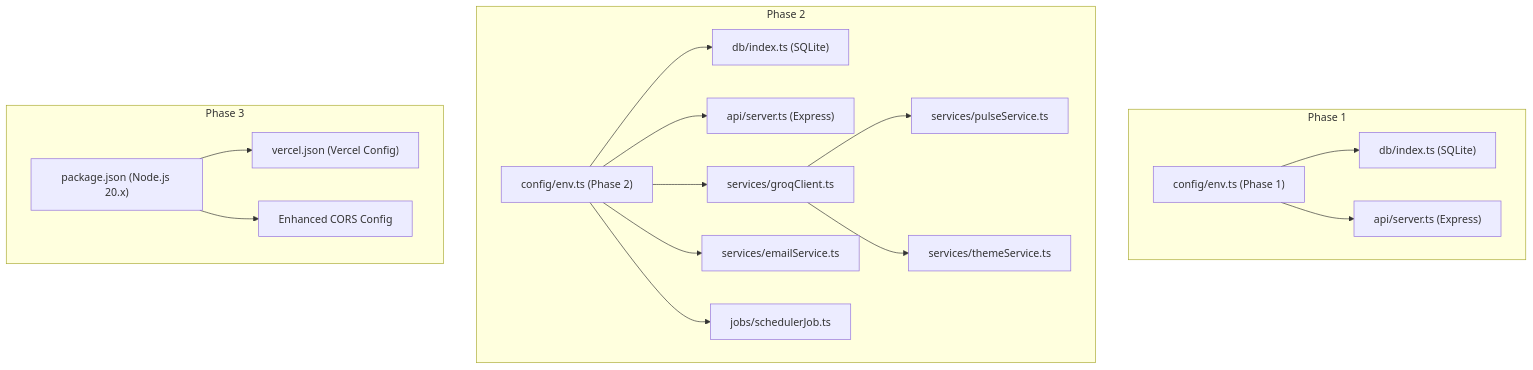
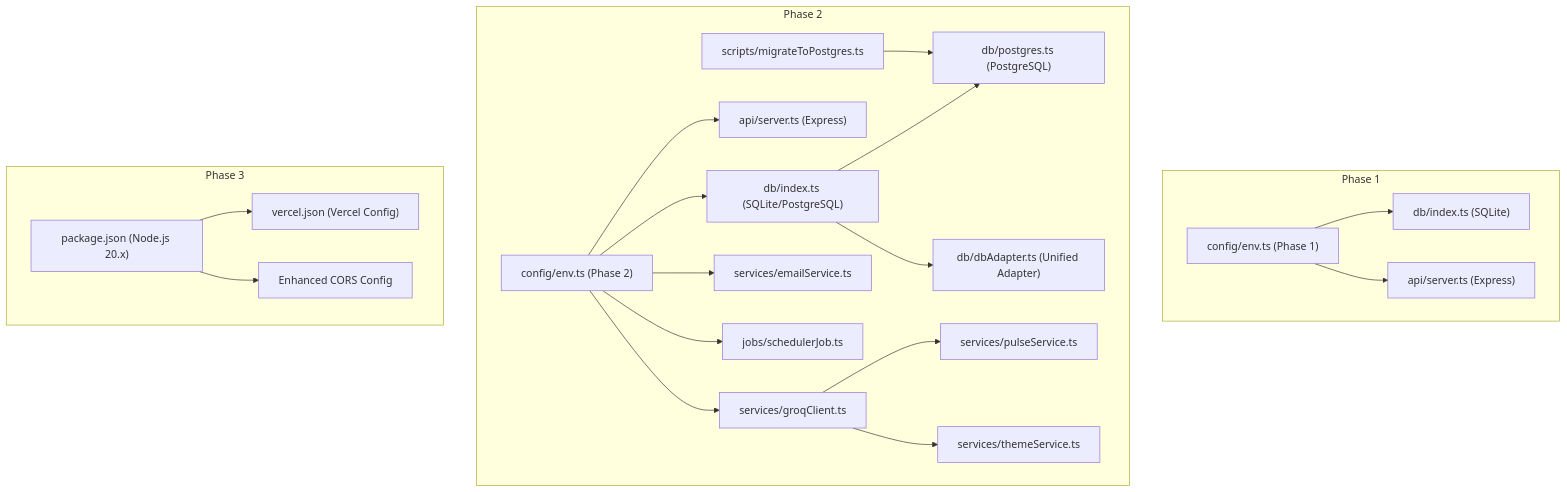
One commit to aravinthraj-ramalingam/Groww-App-Review-Insights-Analyzer- changed the first of 4 diagrams in .qoder/repowiki/en/content/Configuration Management.md. Above: the diagram before and after it, drawn with Mermaid. The commit also changed other lines of this file and 10 other files, not shown here.

````diff
--- a/.qoder/repowiki/en/content/Configuration Management.md
+++ b/.qoder/repowiki/en/content/Configuration Management.md
@@ -48,34 +54,40 @@
 ```mermaid
 graph TB
 subgraph "Phase 1"
 P1_ENV["config/env.ts (Phase 1)"]
 P1_DB["db/index.ts (SQLite)"]
 P1_SRV["api/server.ts (Express)"]
 end
 subgraph "Phase 2"
 P2_ENV["config/env.ts (Phase 2)"]
-P2_DB["db/index.ts (SQLite)"]
+P2_DB["db/index.ts (SQLite/PostgreSQL)"]
+P2_PG["db/postgres.ts (PostgreSQL)"]
+P2_ADAPTER["db/dbAdapter.ts (Unified Adapter)"]
 P2_SRV["api/server.ts (Express)"]
 P2_GROQ["services/groqClient.ts"]
 P2_EMAIL["services/emailService.ts"]
 P2_SCHED["jobs/schedulerJob.ts"]
 P2_PULSE["services/pulseService.ts"]
 P2_THEME["services/themeService.ts"]
+P2_MIGRATE["scripts/migrateToPostgres.ts"]
 end
 subgraph "Phase 3"
 P3_PKG["package.json (Node.js 20.x)"]
 P3_VERCEL["vercel.json (Vercel Config)"]
 P3_CORS["Enhanced CORS Config"]
 end
 P1_ENV --> P1_DB
 P1_ENV --> P1_SRV
 P2_ENV --> P2_DB
+P2_DB --> P2_PG
+P2_DB --> P2_ADAPTER
 P2_ENV --> P2_SRV
 P2_ENV --> P2_GROQ
 P2_ENV --> P2_EMAIL
 P2_ENV --> P2_SCHED
 P2_GROQ --> P2_PULSE
 P2_GROQ --> P2_THEME
+P2_MIGRATE --> P2_PG
 P3_PKG --> P3_VERCEL
 P3_PKG --> P3_CORS
 ```
````
